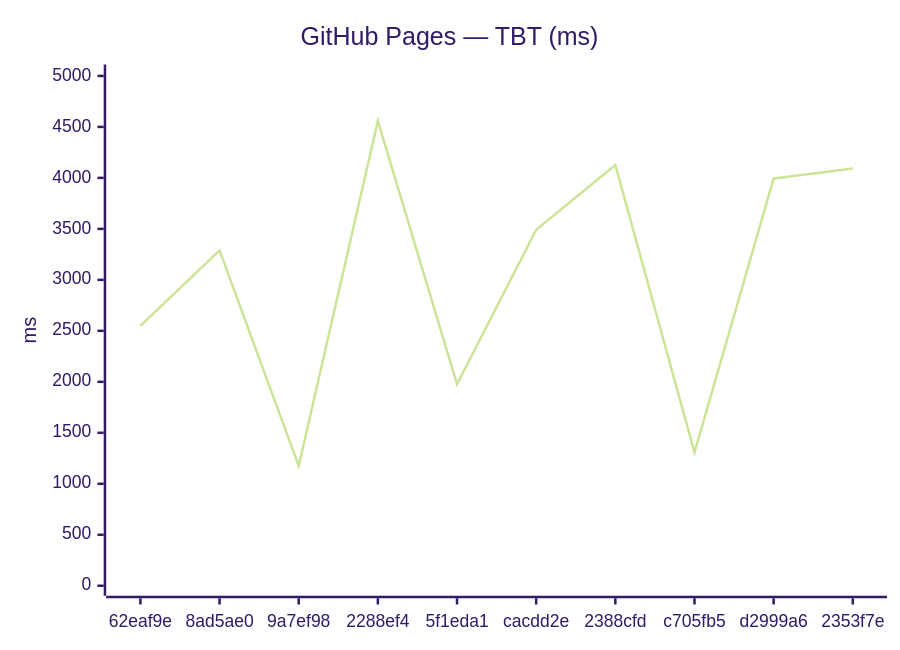
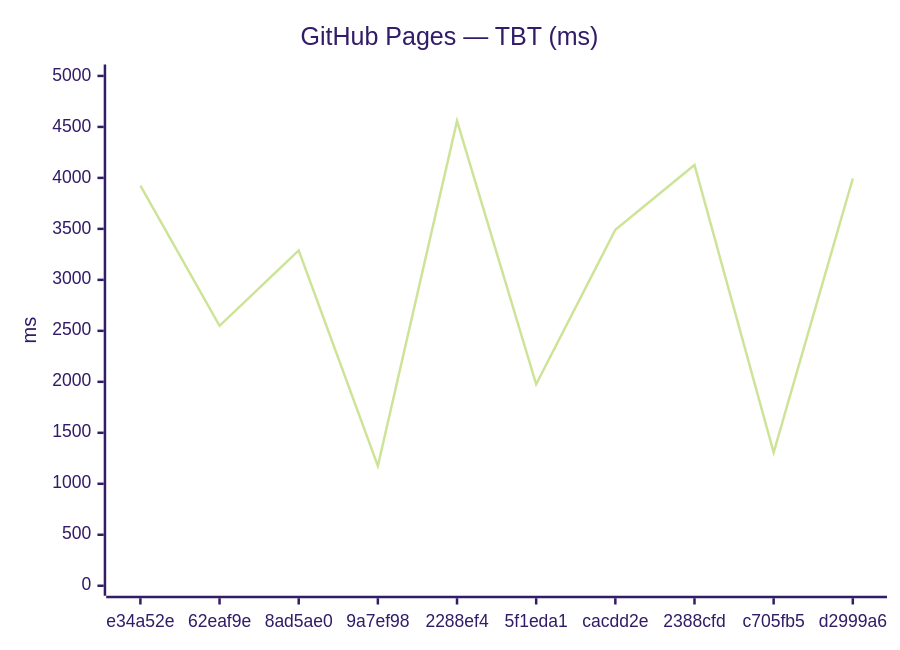
Before and after one commit to Metaheurist/Rianell: the fourth of 12 diagrams in benchmarks/compare.md, drawn with Mermaid (forest theme). The commit also changed other lines of this file and 8 other files, not shown here.

````diff
--- a/benchmarks/compare.md
+++ b/benchmarks/compare.md
@@ -61,7 +61,7 @@
 ```mermaid
 xychart-beta
     title "GitHub Pages — TBT (ms)"
-    x-axis ["62eaf9e", "8ad5ae0", "9a7ef98", "2288ef4", "5f1eda1", "cacdd2e", "2388cfd", "c705fb5", "d2999a6", "2353f7e"]
+    x-axis ["e34a52e", "62eaf9e", "8ad5ae0", "9a7ef98", "2288ef4", "5f1eda1", "cacdd2e", "2388cfd", "c705fb5", "d2999a6"]
     y-axis "ms" 0 --> 5014
-    line [2549, 3289, 1175, 4558, 1976, 3491, 4127, 1307, 3994, 4093]
+    line [3925, 2549, 3289, 1175, 4558, 1976, 3491, 4127, 1307, 3994]
 ```
````
